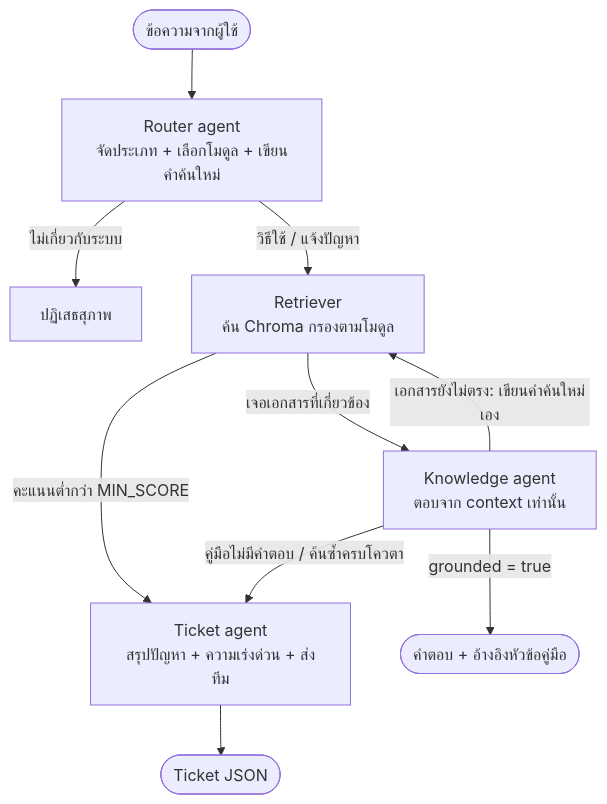
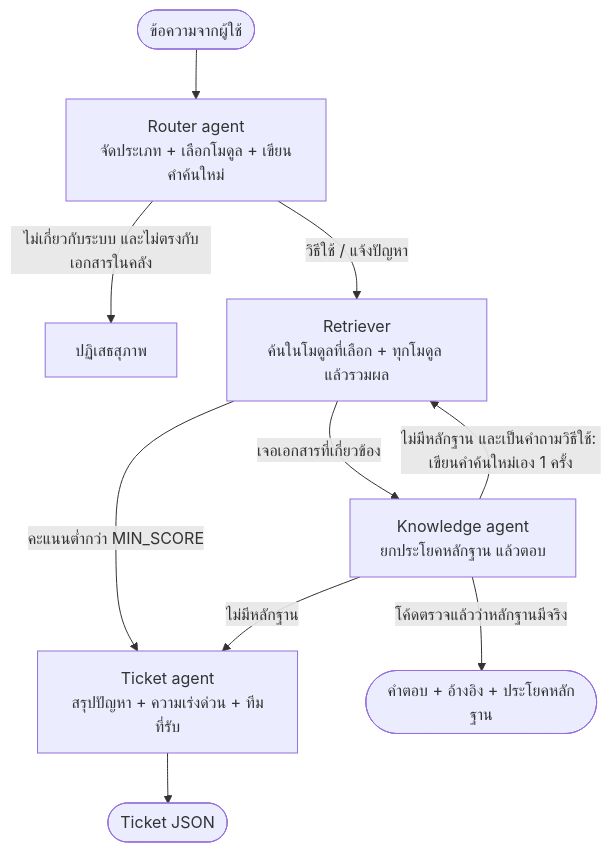
The diagram in README.md (Sprites-X/erp-helpdesk-agent), drawn with Mermaid before and after one commit. The commit also changed other lines of this file, not shown here.

````diff
--- a/README.md
+++ b/README.md
@@ -11,12 +12,12 @@
 ```mermaid
 flowchart TD
     U([ข้อความจากผู้ใช้]) --> R[Router agent<br/>จัดประเภท + เลือกโมดูล + เขียนคำค้นใหม่]
-    R -->|ไม่เกี่ยวกับระบบ| G[ปฏิเสธสุภาพ]
-    R -->|วิธีใช้ / แจ้งปัญหา| S[Retriever<br/>ค้น Chroma กรองตามโมดูล]
-    S -->|คะแนนต่ำกว่า MIN_SCORE| T[Ticket agent<br/>สรุปปัญหา + ความเร่งด่วน + ส่งทีม]
-    S -->|เจอเอกสารที่เกี่ยวข้อง| K[Knowledge agent<br/>ตอบจาก context เท่านั้น]
-    K -->|grounded = true| A([คำตอบ + อ้างอิงหัวข้อคู่มือ])
-    K -->|เอกสารยังไม่ตรง: เขียนคำค้นใหม่เอง| S
-    K -->|คู่มือไม่มีคำตอบ / ค้นซ้ำครบโควตา| T
+    R -->|ไม่เกี่ยวกับระบบ และไม่ตรงกับเอกสารในคลัง| G[ปฏิเสธสุภาพ]
+    R -->|วิธีใช้ / แจ้งปัญหา| S[Retriever<br/>ค้นในโมดูลที่เลือก + ทุกโมดูล แล้วรวมผล]
+    S -->|คะแนนต่ำกว่า MIN_SCORE| T[Ticket agent<br/>สรุปปัญหา + ความเร่งด่วน + ทีมที่รับ]
+    S -->|เจอเอกสารที่เกี่ยวข้อง| K[Knowledge agent<br/>ยกประโยคหลักฐาน แล้วตอบ]
+    K -->|โค้ดตรวจแล้วว่าหลักฐานมีจริง| A([คำตอบ + อ้างอิง + ประโยคหลักฐาน])
+    K -->|ไม่มีหลักฐาน และเป็นคำถามวิธีใช้: เขียนคำค้นใหม่เอง 1 ครั้ง| S
+    K -->|ไม่มีหลักฐาน| T
     T --> TK([Ticket JSON])
 ```
````
